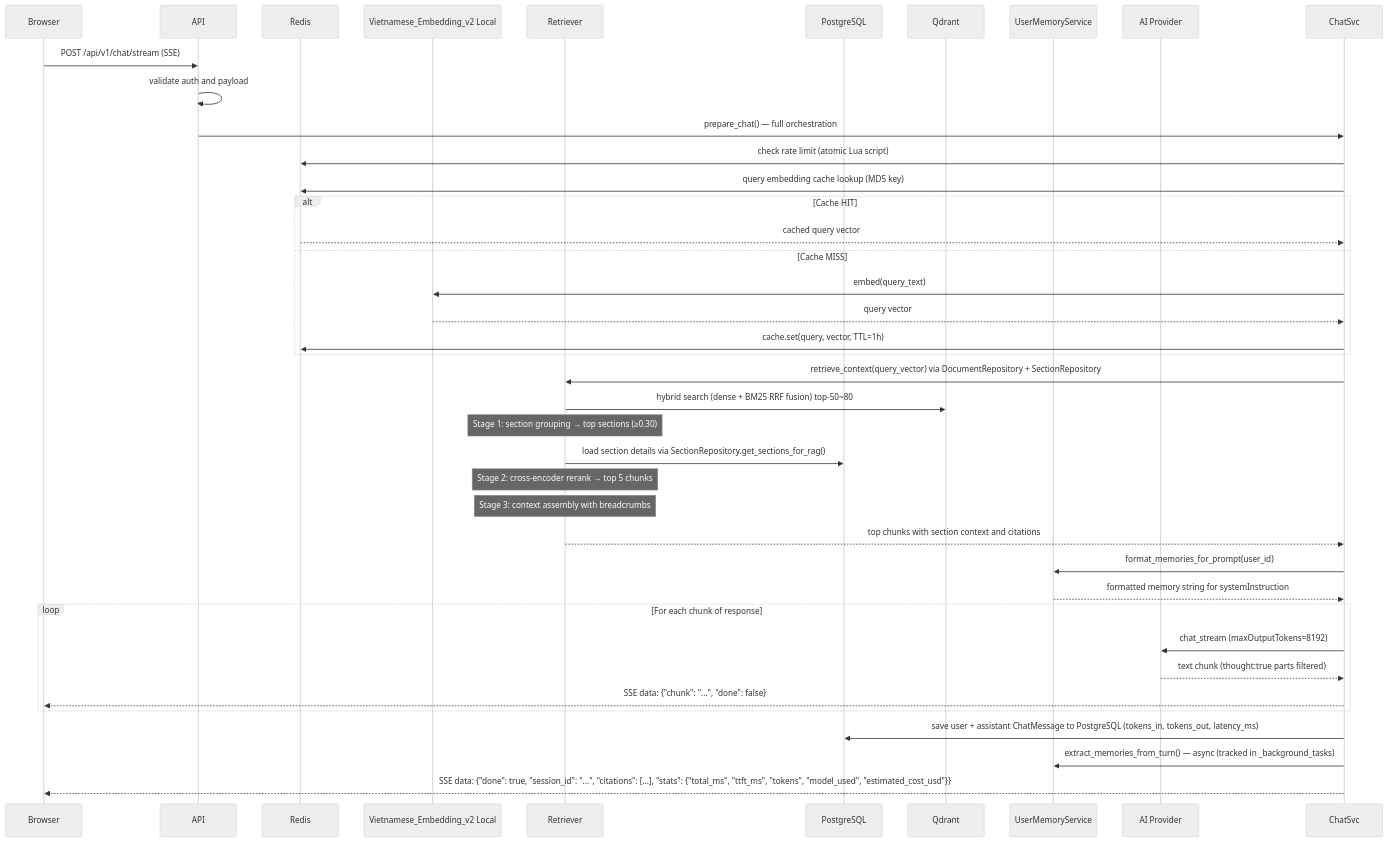
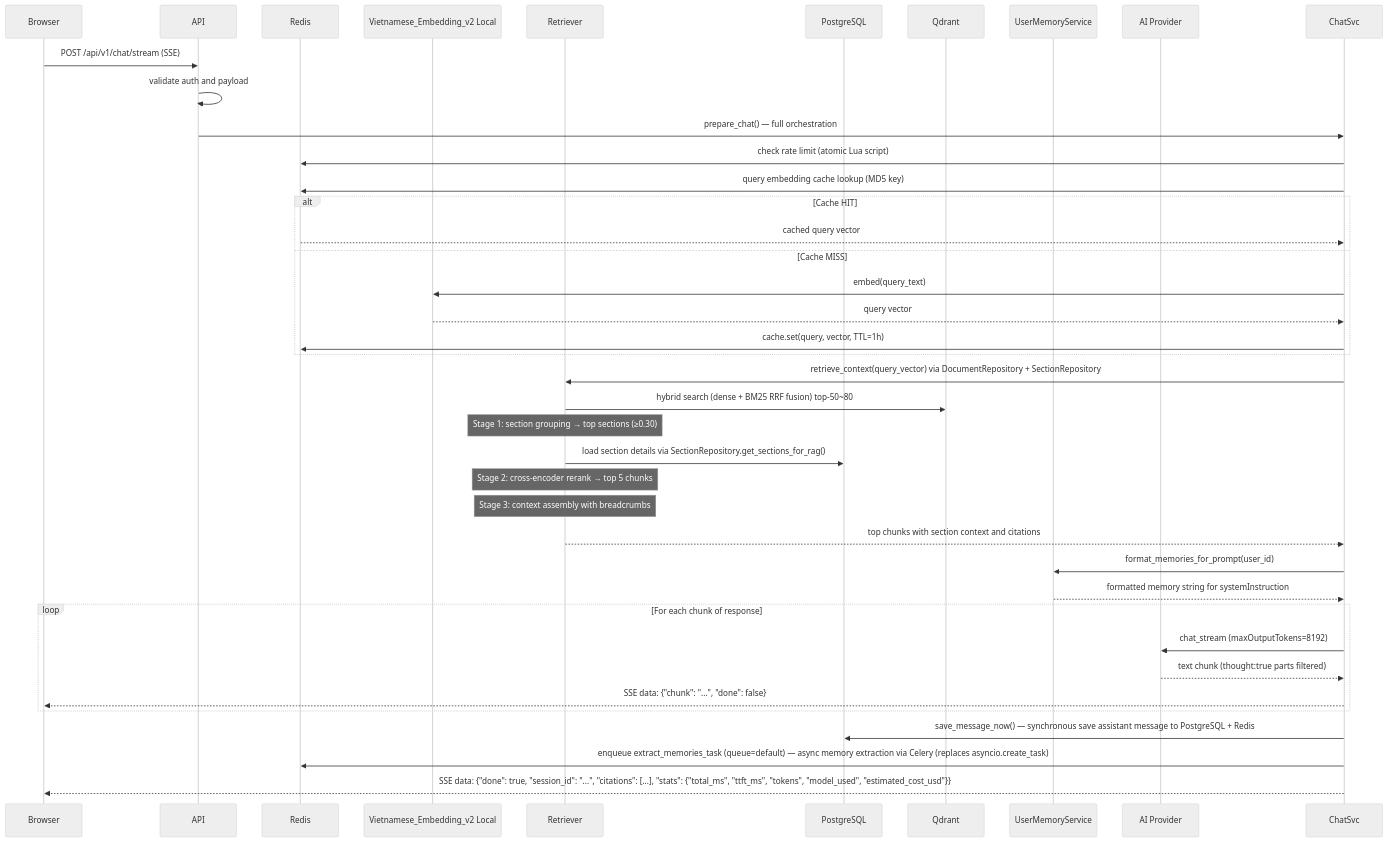
The second of 5 diagrams in docs/02_WORKFLOWS.md (qtuanph/chatbot-rag), drawn with Mermaid (neutral theme) before and after one commit. The commit also changed other lines of this file and 50 other files, not shown here.

````diff
--- a/docs/02_WORKFLOWS.md
+++ b/docs/02_WORKFLOWS.md
@@ -62,44 +63,44 @@
 ```mermaid
 sequenceDiagram
     participant Browser
     participant API
     participant Redis
     participant Embedder as Vietnamese_Embedding_v2 Local
     participant Retriever
     participant DB as PostgreSQL
     participant Qdrant
     participant Memory as UserMemoryService
     participant Provider as AI Provider
 
     Browser->>API: POST /api/v1/chat/stream (SSE)
     API->>API: validate auth and payload
     API->>ChatSvc: prepare_chat() — full orchestration
     ChatSvc->>Redis: check rate limit (atomic Lua script)
     ChatSvc->>Redis: query embedding cache lookup (MD5 key)
     alt Cache HIT
         Redis-->>ChatSvc: cached query vector
     else Cache MISS
         ChatSvc->>Embedder: embed(query_text)
         Embedder-->>ChatSvc: query vector
         ChatSvc->>Redis: cache.set(query, vector, TTL=1h)
     end
     ChatSvc->>Retriever: retrieve_context(query_vector) via DocumentRepository + SectionRepository
     Retriever->>Qdrant: hybrid search (dense + BM25 RRF fusion) top-50~80
     Note over Retriever: Stage 1: section grouping → top sections (≥0.30)
     Retriever->>DB: load section details via SectionRepository.get_sections_for_rag()
     Note over Retriever: Stage 2: cross-encoder rerank → top 5 chunks
     Note over Retriever: Stage 3: context assembly with breadcrumbs
     Retriever-->>ChatSvc: top chunks with section context and citations
 
     ChatSvc->>Memory: format_memories_for_prompt(user_id)
     Memory-->>ChatSvc: formatted memory string for systemInstruction
 
     loop For each chunk of response
         ChatSvc->>Provider: chat_stream (maxOutputTokens=8192)
         Provider-->>ChatSvc: text chunk (thought:true parts filtered)
         ChatSvc-->>Browser: SSE data: {"chunk": "...", "done": false}
     end
-    ChatSvc->>DB: save user + assistant ChatMessage to PostgreSQL (tokens_in, tokens_out, latency_ms)
-    ChatSvc->>Memory: extract_memories_from_turn() — async (tracked in _background_tasks)
+    ChatSvc->>DB: save_message_now() — synchronous save assistant message to PostgreSQL + Redis
+    ChatSvc->>Redis: enqueue extract_memories_task (queue=default) — async memory extraction via Celery (replaces asyncio.create_task)
     ChatSvc-->>Browser: SSE data: {"done": true, "session_id": "...", "citations": [...], "stats": {"total_ms", "ttft_ms", "tokens", "model_used", "estimated_cost_usd"}}
 ```
````
